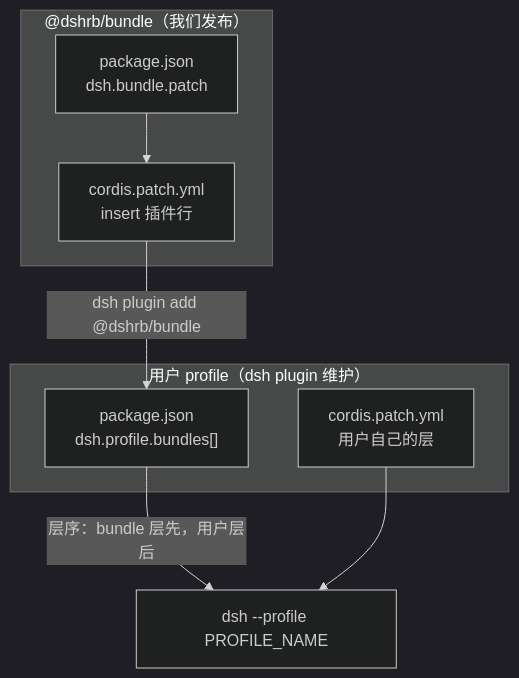
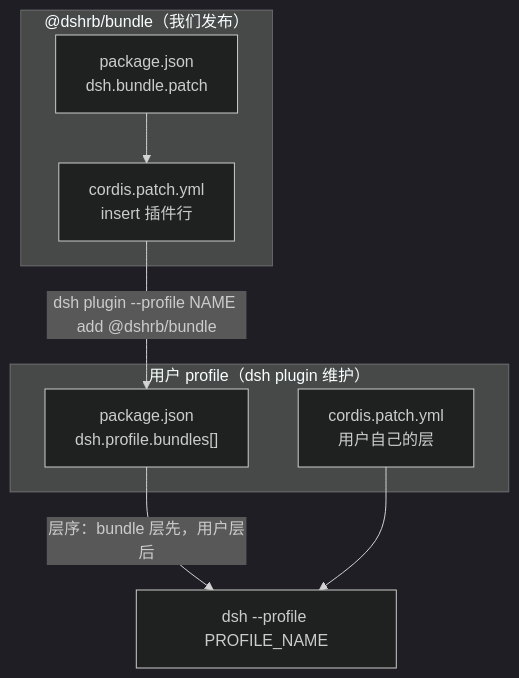
One commit to chaojixinren/dsh-reviewer-bot changed the third of 5 diagrams in docs/05-plugin-composition.md. Above: the diagram before and after it, drawn with Mermaid (dark theme). The commit also changed other lines of this file and 9 other files, not shown here.

First line of the commit message:
docs: 同步 npm 发布状态，修正 dsh plugin --profile 必填语法

````diff
--- a/docs/05-plugin-composition.md
+++ b/docs/05-plugin-composition.md
@@ -88,15 +88,15 @@
 ```mermaid
 flowchart TB
     subgraph B["@dshrb/bundle（我们发布）"]
         BP["package.json<br/>dsh.bundle.patch"]
         BY["cordis.patch.yml<br/>insert 插件行"]
     end
     subgraph U["用户 profile（dsh plugin 维护）"]
         UP["package.json<br/>dsh.profile.bundles[]"]
         UY["cordis.patch.yml<br/>用户自己的层"]
     end
     BP --> BY
-    BY -->|"dsh plugin add @dshrb/bundle"| UP
+    BY -->|"dsh plugin --profile NAME add @dshrb/bundle"| UP
     UP -->|"层序：bundle 层先，用户层后"| RUNTIME["dsh --profile PROFILE_NAME"]
     UY --> RUNTIME
 ```
````
